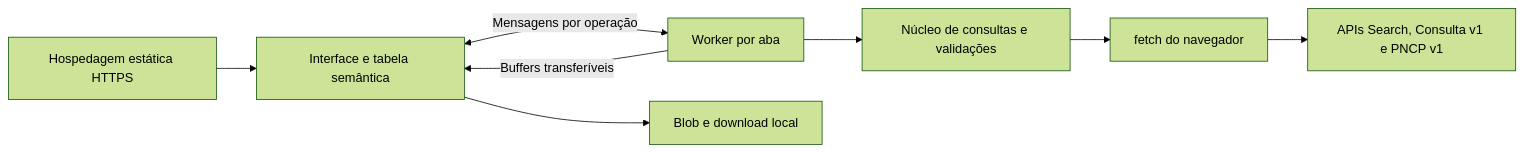
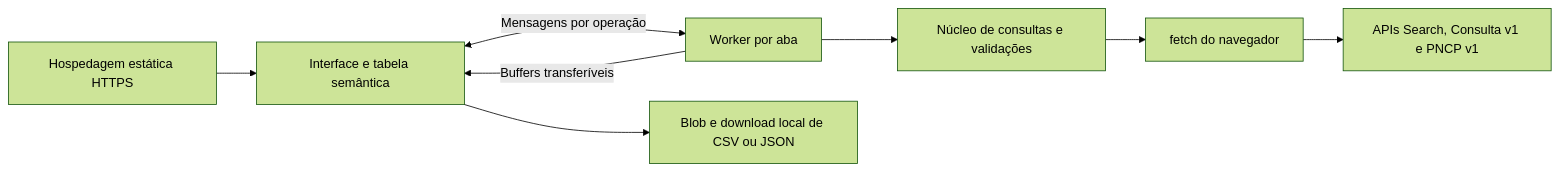
One commit to victorgmbraga/contratos-web changed the diagram in docs/arquitetura.md. Above: the diagram before and after it, drawn with Mermaid (forest theme). The commit also changed other lines of this file and 1 other file, not shown here.

````diff
--- a/docs/arquitetura.md
+++ b/docs/arquitetura.md
@@ -5,10 +5,10 @@
 ```mermaid
 flowchart LR
     Static[Hospedagem estática HTTPS] --> UI[Interface e tabela semântica]
     UI <-->|Mensagens por operação| Worker[Worker por aba]
     Worker --> Core[Núcleo de consultas e validações]
     Core --> Native[fetch do navegador]
     Native --> PNCP[APIs Search, Consulta v1 e PNCP v1]
     Worker -->|Buffers transferíveis| UI
-    UI --> CSV[Blob e download local]
+    UI --> Download[Blob e download local de CSV ou JSON]
 ```
````
